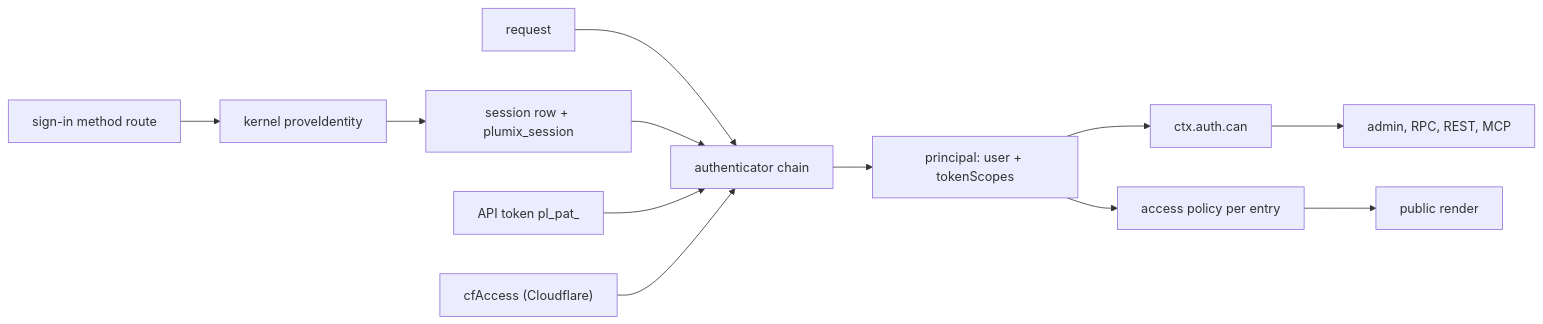
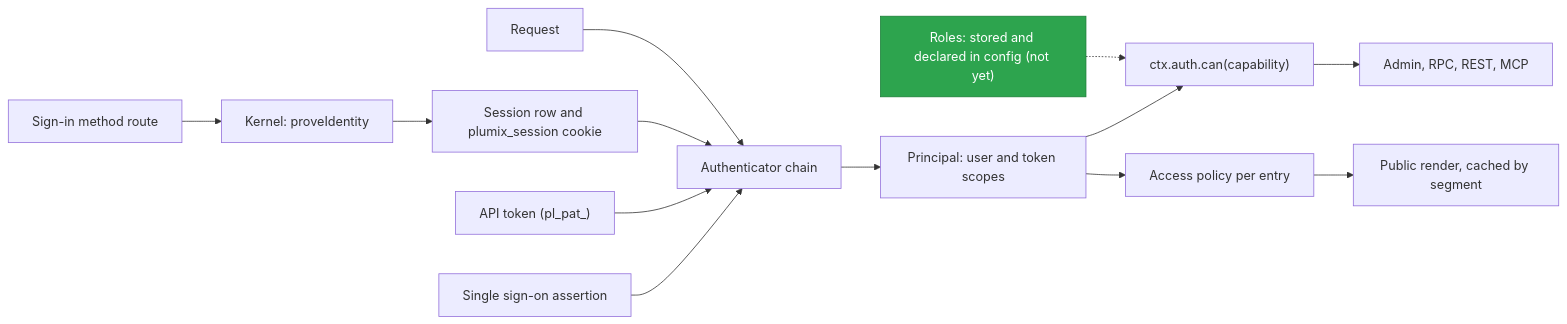
The diagram in docs/architecture/auth-and-access.md (withplumix/plumix), drawn with Mermaid before and after one commit. The commit also changed other lines of this file and 21 other files, not shown here.

````diff
--- a/docs/architecture/auth-and-access.md
+++ b/docs/architecture/auth-and-access.md
@@ -7,14 +7,17 @@
 ```mermaid
 flowchart LR
-  M["sign-in method route"] --> K["kernel proveIdentity"]
-  K --> S["session row + plumix_session"]
-  REQ["request"] --> AU["authenticator chain"]
+  M["Sign-in method route"] --> K["Kernel: proveIdentity"]
+  K --> S["Session row and plumix_session cookie"]
+  REQ["Request"] --> AU["Authenticator chain"]
   S --> AU
-  TOK["API token pl_pat_"] --> AU
-  CF["cfAccess (Cloudflare)"] --> AU
-  AU --> P["principal: user + tokenScopes"]
-  P --> CAN["ctx.auth.can"]
-  CAN --> SURF["admin, RPC, REST, MCP"]
-  P --> POL["access policy per entry"]
-  POL --> PUB["public render"]
+  TOK["API token (pl_pat_)"] --> AU
+  SSO["Single sign-on assertion"] --> AU
+  AU --> P["Principal: user and token scopes"]
+  ROLES["Roles: stored and declared in config (not yet)"] -.-> CAN
+  P --> CAN["ctx.auth.can(capability)"]
+  CAN --> SURF["Admin, RPC, REST, MCP"]
+  P --> POL["Access policy per entry"]
+  POL --> PUB["Public render, cached by segment"]
+  classDef goal fill:#2da44e,stroke:#1a7f37,color:#fff
+  class ROLES goal
 ```
````
